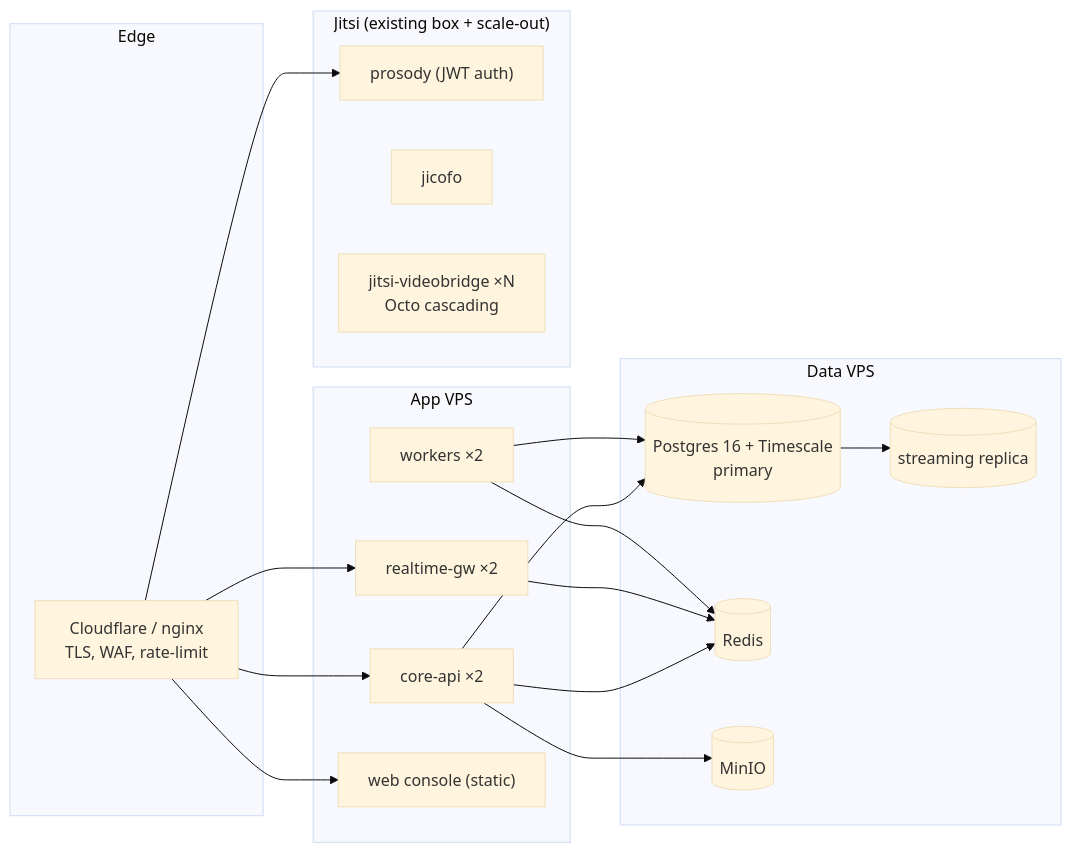
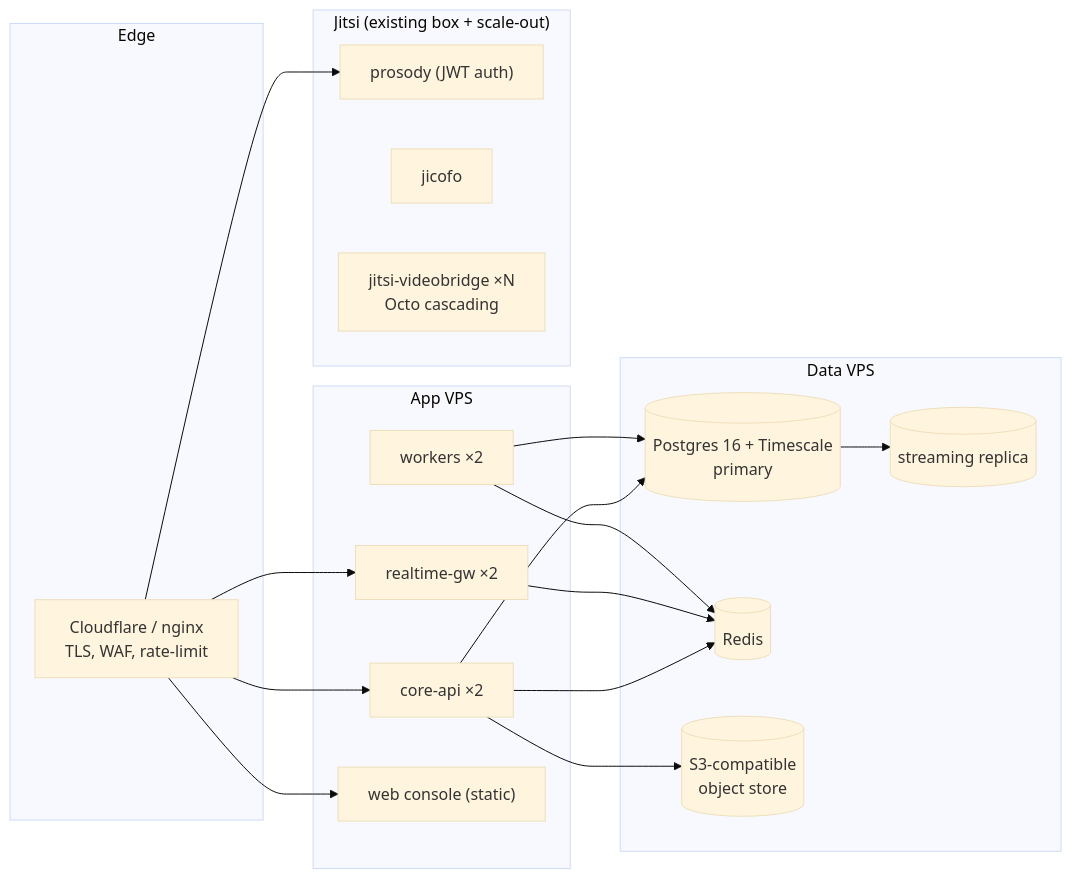
One commit to ramsayusa-git/ai-coworker changed the seventh of 7 diagrams in Aetos One Medical Hub/Aetos-One-Medical-Hub-Architecture.md. Above: the diagram before and after it, drawn with Mermaid (base theme). The commit also changed other lines of this file and 31 other files, not shown here.

````diff
--- a/Aetos One Medical Hub/Aetos-One-Medical-Hub-Architecture.md
+++ b/Aetos One Medical Hub/Aetos-One-Medical-Hub-Architecture.md
@@ -1153,34 +1185,34 @@
 ```mermaid
 flowchart LR
     subgraph Edge
         CF["Cloudflare / nginx<br/>TLS, WAF, rate-limit"]
     end
     subgraph AppHost["App VPS"]
         API1["core-api ×2"]
         RT1["realtime-gw ×2"]
         WRK1["workers ×2"]
         WEB["web console (static)"]
     end
     subgraph DataHost["Data VPS"]
         PG[("Postgres 16 + Timescale<br/>primary")]
         PGR[("streaming replica")]
         RD[("Redis")]
-        MIN[("MinIO")]
+        MIN[("S3-compatible<br/>object store")]
     end
     subgraph MediaHost["Jitsi (existing box + scale-out)"]
         PROS["prosody (JWT auth)"]
         JIC["jicofo"]
         JVB["jitsi-videobridge ×N<br/>Octo cascading"]
     end
     CF --> API1
     CF --> RT1
     CF --> WEB
     CF --> PROS
     API1 --> PG
     API1 --> RD
     API1 --> MIN
     RT1 --> RD
     WRK1 --> PG
     WRK1 --> RD
     PG --> PGR
 ```
````
